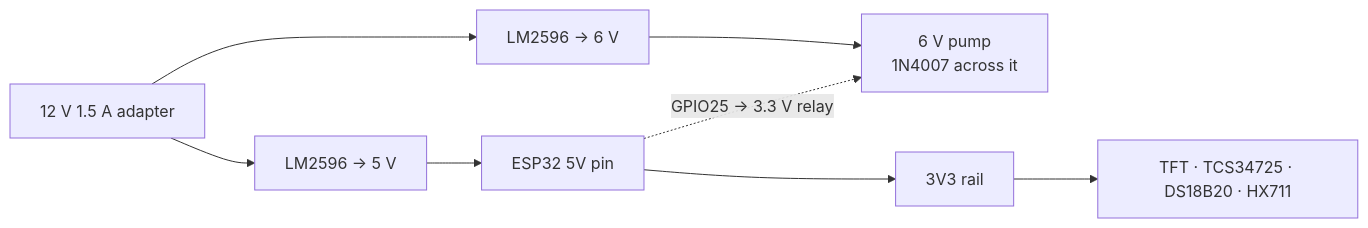
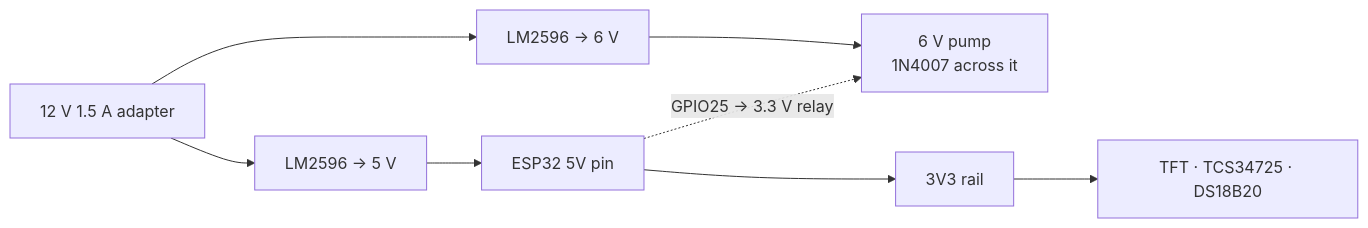
One commit to nikk-0712/aquamilk-detect changed the second of 2 diagrams in README.md. Above: the diagram before and after it, drawn with Mermaid. The commit also changed other lines of this file and 9 other files, not shown here.

````diff
--- a/README.md
+++ b/README.md
@@ -123,7 +121,7 @@
 ```mermaid
 flowchart LR
   ADP["12 V 1.5 A adapter"] --> B1["LM2596 → 6 V"] --> PUMP["6 V pump<br/>1N4007 across it"]
   ADP --> B2["LM2596 → 5 V"] --> ESP["ESP32 5V pin"]
-  ESP --> R3["3V3 rail"] --> SENSORS["TFT · TCS34725 · DS18B20 · HX711"]
+  ESP --> R3["3V3 rail"] --> SENSORS["TFT · TCS34725 · DS18B20"]
   ESP -.->|"GPIO25 → 3.3 V relay"| PUMP
 ```
````
